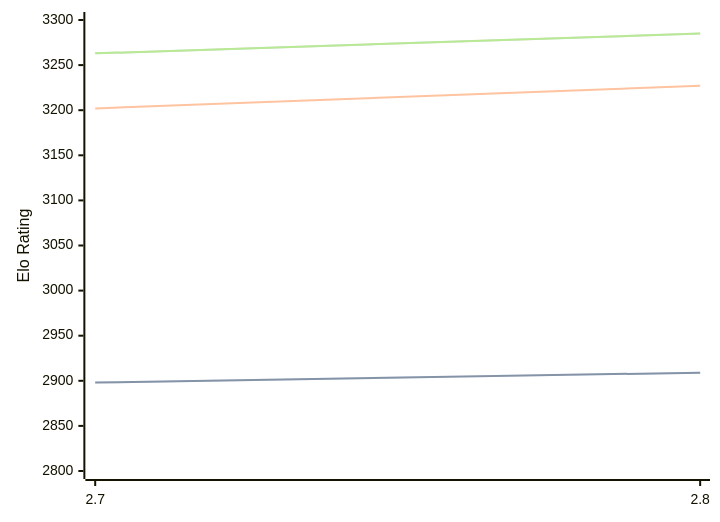
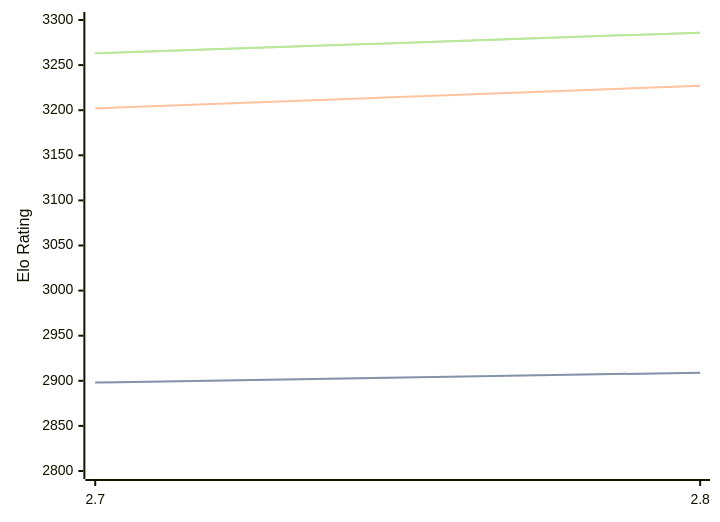
One commit to computer-chess-index/cci changed the diagram in engines/Arcanum.md. Above: the diagram before and after it, drawn with Mermaid. The commit also changed other lines of this file, not shown here.

Commit message:
Update CCI Ratings (ELO VLTC) - 2026-09-05

````diff
--- a/engines/Arcanum.md
+++ b/engines/Arcanum.md
@@ -32,11 +32,11 @@
 ```mermaid
 %%{init: {"theme":"base","themeVariables":{"seriesColors:['#a3a3a3','#222221','#faa371']}}}%%
 xychart-beta
   x-axis ["2.7", "2.8"]
   y-axis "Elo Rating" 2800 --> 3300
   line "" [2898, 2909]
   line "STC (8.0+0.08s)" [2898, 2909]
   line "LTC (60.0+0.60s)" [3202, 3227]
-  line "" [3263, 3285]
-  line "VLTC (2m24s+1.12s)" [3263, 3285]
+  line "" [3263, 3286]
+  line "VLTC (2m24s+1.12s)" [3263, 3286]
 ```
````
